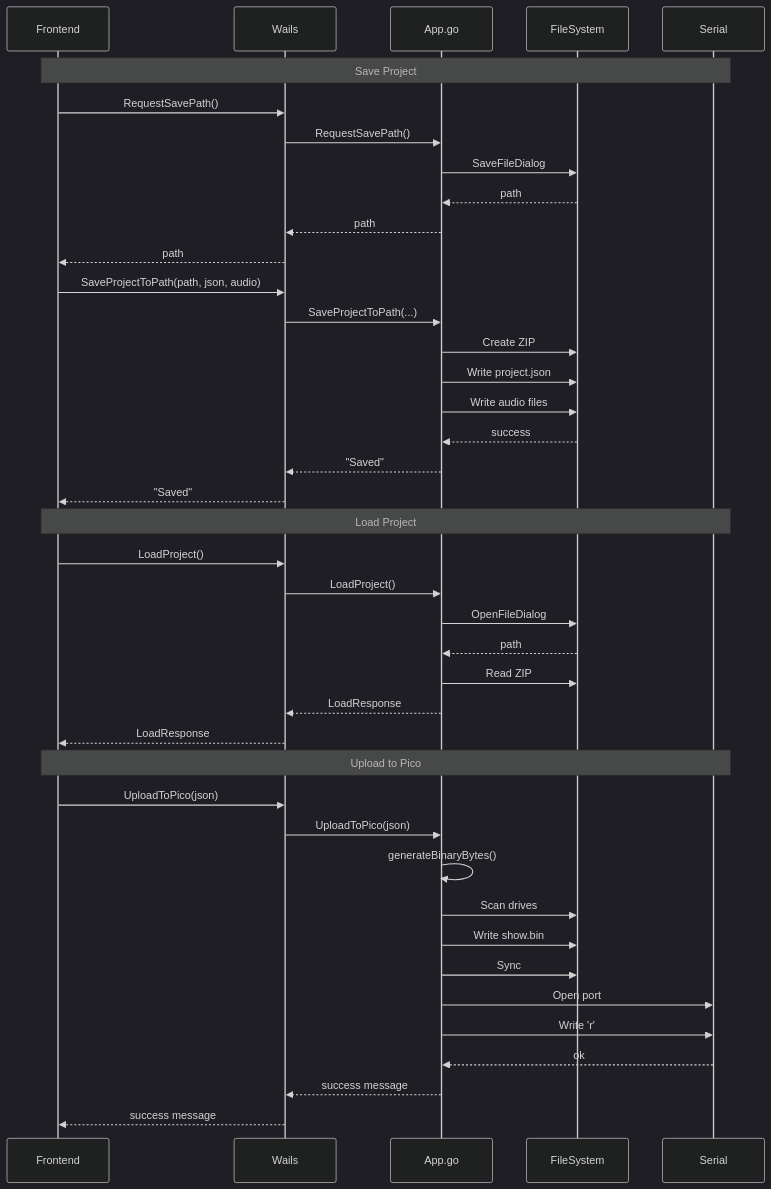
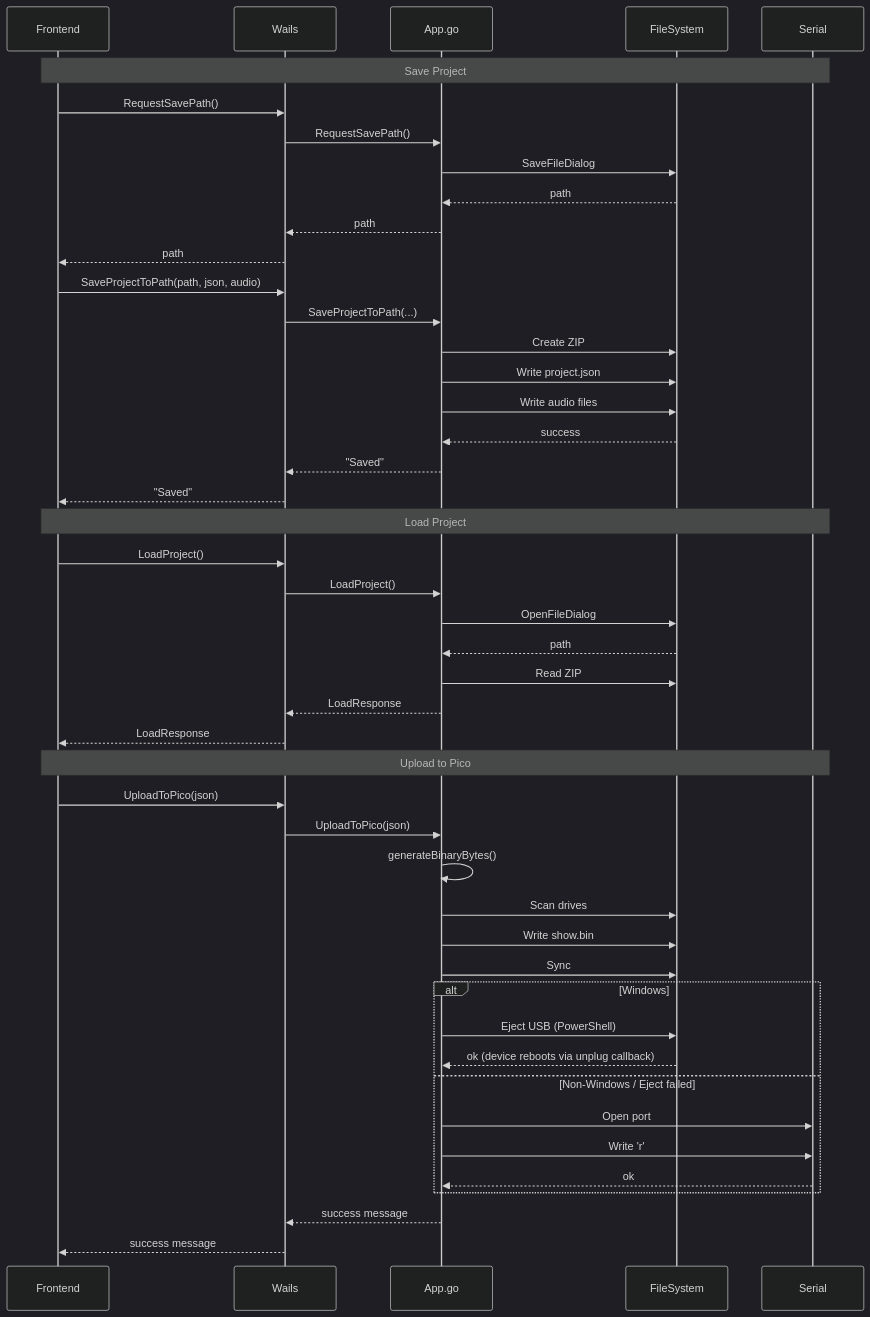
Before and after one commit to picolume/studio: diagram 11 of 11 in SOFTWARE_REQUIREMENTS_DOCUMENT.md, drawn with Mermaid (dark theme). The commit also changed other lines of this file and 3 other files, not shown here.

Commit message:
set up bash script to safely eject USB after upload

````diff
--- a/SOFTWARE_REQUIREMENTS_DOCUMENT.md
+++ b/SOFTWARE_REQUIREMENTS_DOCUMENT.md
@@ -1351,47 +1363,54 @@
 ```mermaid
 sequenceDiagram
     participant Frontend
     participant Wails
     participant App.go
     participant FileSystem
     participant Serial
 
     Note over Frontend,Serial: Save Project
     Frontend->>Wails: RequestSavePath()
     Wails->>App.go: RequestSavePath()
     App.go->>FileSystem: SaveFileDialog
     FileSystem-->>App.go: path
     App.go-->>Wails: path
     Wails-->>Frontend: path
 
     Frontend->>Wails: SaveProjectToPath(path, json, audio)
     Wails->>App.go: SaveProjectToPath(...)
     App.go->>FileSystem: Create ZIP
     App.go->>FileSystem: Write project.json
     App.go->>FileSystem: Write audio files
     FileSystem-->>App.go: success
     App.go-->>Wails: "Saved"
     Wails-->>Frontend: "Saved"
 
     Note over Frontend,Serial: Load Project
     Frontend->>Wails: LoadProject()
     Wails->>App.go: LoadProject()
     App.go->>FileSystem: OpenFileDialog
     FileSystem-->>App.go: path
     App.go->>FileSystem: Read ZIP
     App.go-->>Wails: LoadResponse
     Wails-->>Frontend: LoadResponse
 
     Note over Frontend,Serial: Upload to Pico
     Frontend->>Wails: UploadToPico(json)
     Wails->>App.go: UploadToPico(json)
     App.go->>App.go: generateBinaryBytes()
     App.go->>FileSystem: Scan drives
     App.go->>FileSystem: Write show.bin
     App.go->>FileSystem: Sync
-    App.go->>Serial: Open port
-    App.go->>Serial: Write 'r'
-    Serial-->>App.go: ok
+
+    alt Windows
+        App.go->>FileSystem: Eject USB (PowerShell)
+        FileSystem-->>App.go: ok (device reboots via unplug callback)
+    else Non-Windows / Eject failed
+        App.go->>Serial: Open port
+        App.go->>Serial: Write 'r'
+        Serial-->>App.go: ok
+    end
+
     App.go-->>Wails: success message
     Wails-->>Frontend: success message
 ```
````
